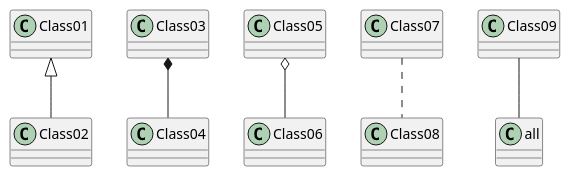
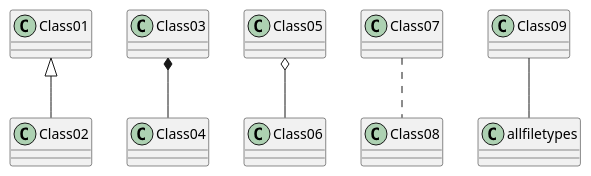
Before and after one commit to weichware10/meilensteine: the diagram in meilenstein_03/test.puml, drawn with PlantUML. The commit also changed 1 other file, not shown here.

Commit message:
all file types

```diff
--- a/meilenstein_03/test.puml
+++ b/meilenstein_03/test.puml
@@ -1,7 +1,7 @@
 @startuml test
 Class01 <|-- Class02
 Class03 *-- Class04
 Class05 o-- Class06
 Class07 .. Class08
-Class09 -- all
+Class09 -- allfiletypes
 @enduml
```
